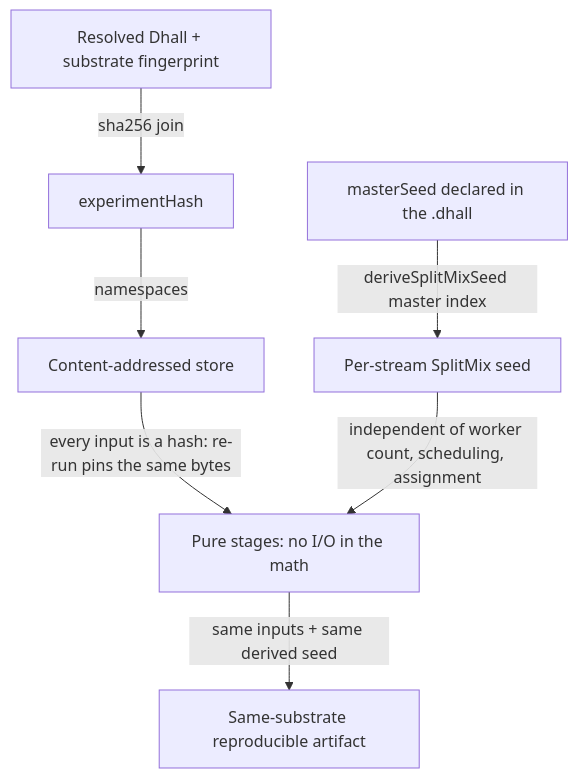
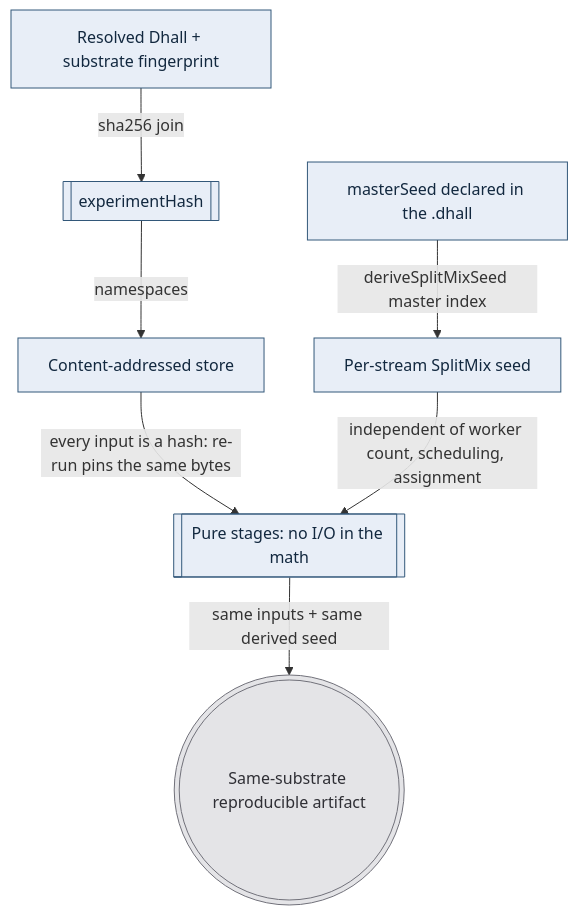
Before and after one commit to Tuee22/amoebius: the second of 2 diagrams in documents/engineering/content_addressing_doctrine.md, drawn with Mermaid. The commit also changed other lines of this file and 36 other files, not shown here.

````diff
--- a/documents/engineering/content_addressing_doctrine.md
+++ b/documents/engineering/content_addressing_doctrine.md
@@ -366,9 +373,11 @@
 ```mermaid
 flowchart TD
-  dhall[Resolved Dhall + substrate fingerprint] -->|"sha256 join"| eh[experimentHash]
-  eh -->|namespaces| store[Content-addressed store]
-  store -->|"every input is a hash: re-run pins the same bytes"| stage[Pure stages: no I/O in the math]
-  master[masterSeed declared in the .dhall] -->|"deriveSplitMixSeed master index"| seed[Per-stream SplitMix seed]
+  dhall["Resolved Dhall + substrate fingerprint"]:::intent -->|"sha256 join"| eh[["experimentHash"]]:::intent
+  eh -->|namespaces| store["Content-addressed store"]:::intent
+  store -->|"every input is a hash: re-run pins the same bytes"| stage[["Pure stages: no I/O in the math"]]:::intent
+  master["masterSeed declared in the .dhall"]:::intent -->|"deriveSplitMixSeed master index"| seed["Per-stream SplitMix seed"]:::intent
   seed -->|"independent of worker count, scheduling, assignment"| stage
-  stage -->|"same inputs + same derived seed"| repro[Same-substrate reproducible artifact]
+  stage -->|"same inputs + same derived seed"| repro((("Same-substrate reproducible artifact"))):::runtime
+  classDef intent   fill:#e8eef7,stroke:#33587a,color:#12283f,stroke-width:1px
+  classDef runtime  fill:#e4e4e7,stroke:#71717a,color:#2f2f35,stroke-width:1px
 ```
````
